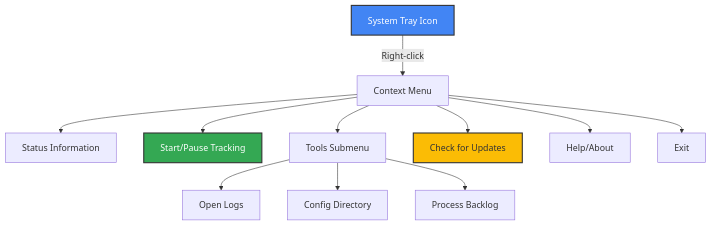
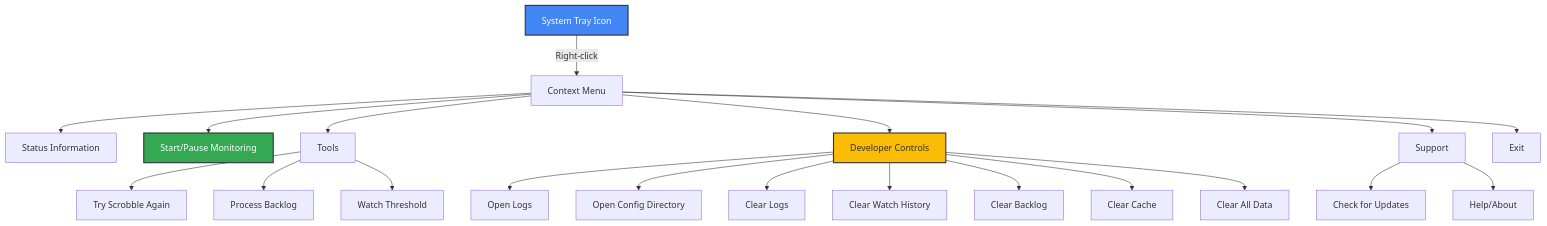
Before and after one commit to stewpan/Media-Player-Scrobbler-for-Simkl: the second of 2 diagrams in docs/windows-guide.md, drawn with Mermaid. The commit also changed other lines of this file and 8 other files, not shown here.

````diff
--- a/docs/windows-guide.md
+++ b/docs/windows-guide.md
@@ -68,16 +68,25 @@
 ```mermaid
 flowchart TD
     A[System Tray Icon] -->|Right-click| B[Context Menu]
     B --> C[Status Information]
-    B --> D[Start/Pause Tracking]
-    B --> E[Tools Submenu]
-    E --> E1[Open Logs]
-    E --> E2[Config Directory]
-    E --> E3[Process Backlog]
-    B --> F[Check for Updates]
-    B --> G[Help/About]
+    B --> D[Start/Pause Monitoring]
+    B --> E[Tools]
+    E --> E1[Try Scrobble Again]
+    E --> E2[Process Backlog]
+    E --> E3[Watch Threshold]
+    B --> F[Developer Controls]
+    F --> F1[Open Logs]
+    F --> F2[Open Config Directory]
+    F --> F3[Clear Logs]
+    F --> F4[Clear Watch History]
+    F --> F5[Clear Backlog]
+    F --> F6[Clear Cache]
+    F --> F7[Clear All Data]
+    B --> G[Support]
+    G --> G1[Check for Updates]
+    G --> G2[Help/About]
     B --> H[Exit]
     style A fill:#4285f4,stroke:#333,stroke-width:2px,color:#fff
     style D fill:#34a853,stroke:#333,stroke-width:2px,color:#fff
     style F fill:#fbbc05,stroke:#333,stroke-width:2px
 ```
````
